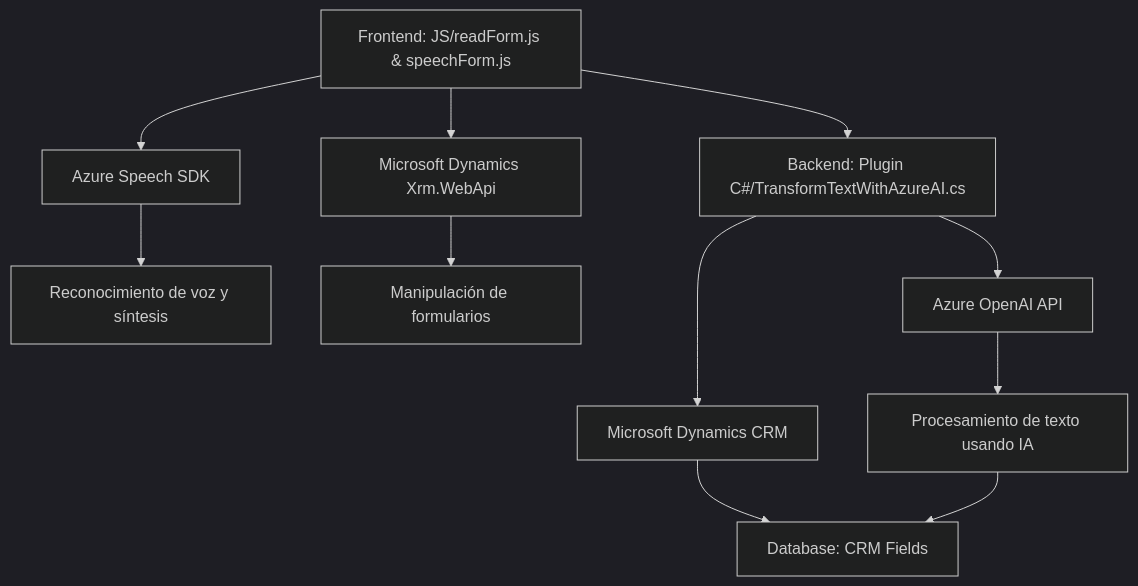
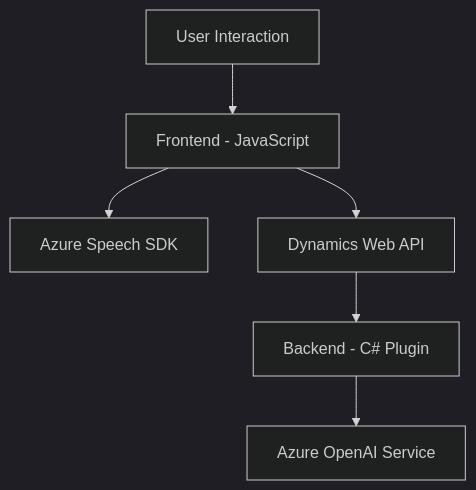
Before and after one commit to blopezdm/NETCORE_BILBAO2025: the diagram in README.md, drawn with Mermaid (dark theme). The commit also changed other lines of this file, not shown here.

````diff
--- a/README.md
+++ b/README.md
@@ -54,15 +53,15 @@
 ```mermaid
 graph TD
-A["Frontend: JS/readForm.js & speechForm.js"] --> B["Azure Speech SDK"]
-A --> C["Microsoft Dynamics Xrm.WebApi"]
-B --> D["Reconocimiento de voz y síntesis"]
-C --> E["Manipulación de formularios"]
+    A["User Interaction"]
+    B["Frontend - JavaScript"]
+    C["Azure Speech SDK"]
+    D["Dynamics Web API"]
+    E["Backend - C# Plugin"]
+    F["Azure OpenAI Service"]
 
-F["Backend: Plugin C#/TransformTextWithAzureAI.cs"] --> G["Azure OpenAI API"]
-F --> H["Microsoft Dynamics CRM"]
-G --> I["Procesamiento de texto usando IA"]
-H --> J["Database: CRM Fields"]
-I --> J
-
-A --> F
+    A --> B
+    B --> C
+    B --> D
+    D --> E
+    E --> F
 ```
````
